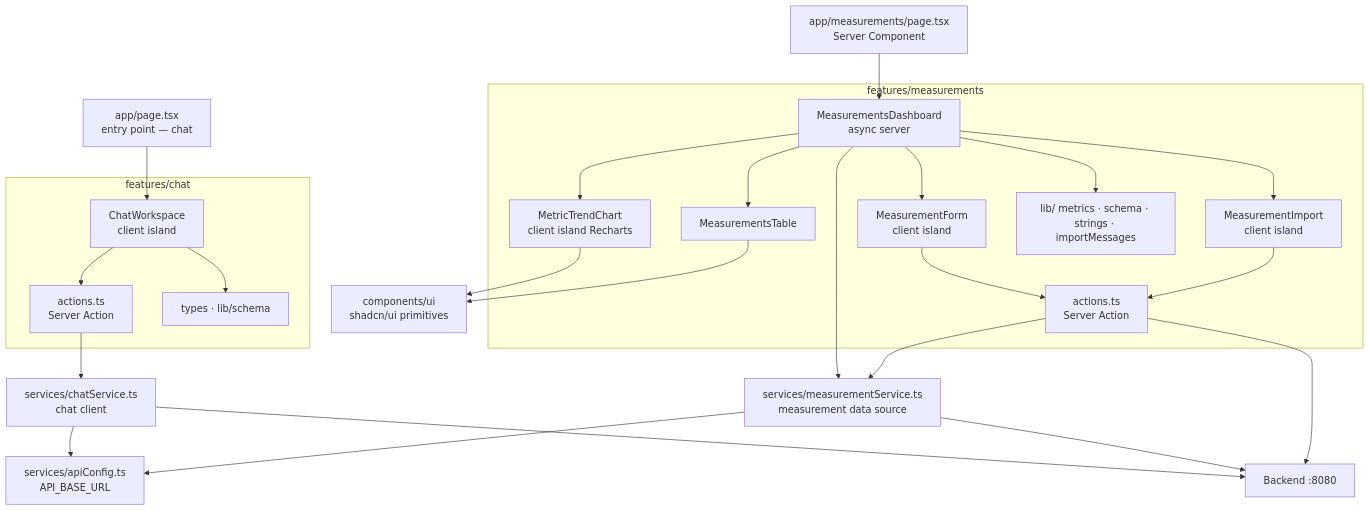
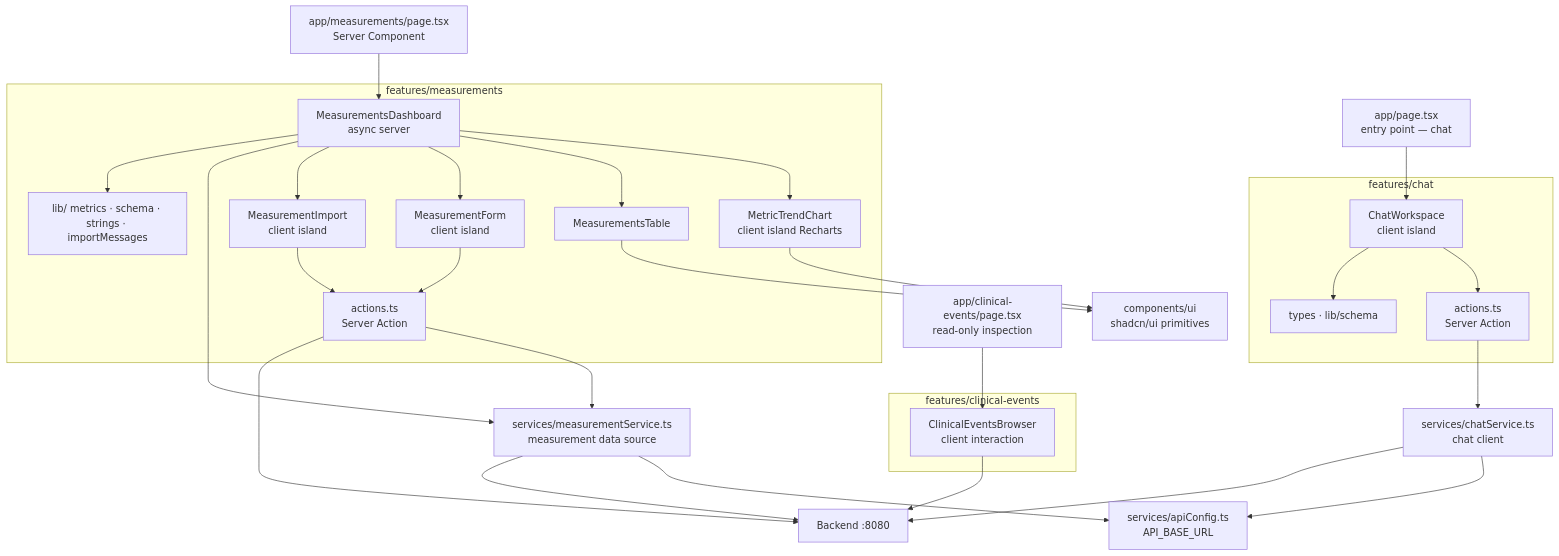
Before and after one commit to devmauriciopineda/careme: the fourth of 4 diagrams in docs/architecture.md, drawn with Mermaid. The commit also changed other lines of this file and 68 other files, not shown here.

````diff
--- a/docs/architecture.md
+++ b/docs/architecture.md
@@ -230,45 +233,51 @@
 ```mermaid
 flowchart TB
     page["app/page.tsx<br/>entry point — chat"]
+    epage["app/clinical-events/page.tsx<br/>read-only inspection"]
     mpage["app/measurements/page.tsx<br/>Server Component"]
+    subgraph clinical["features/clinical-events"]
+      browser["ClinicalEventsBrowser<br/>client interaction"]
+    end
     subgraph feat["features/measurements"]
         dash["MeasurementsDashboard<br/>async server"]
         chart["MetricTrendChart<br/>client island Recharts"]
         table["MeasurementsTable"]
         form["MeasurementForm<br/>client island"]
         impc["MeasurementImport<br/>client island"]
         action["actions.ts<br/>Server Action"]
         lib["lib/ metrics · schema · strings · importMessages"]
     end
     subgraph chat["features/chat"]
         workspace["ChatWorkspace<br/>client island"]
         caction["actions.ts<br/>Server Action"]
         ctypes["types · lib/schema"]
     end
     svc["services/measurementService.ts<br/>measurement data source"]
     csvc["services/chatService.ts<br/>chat client"]
     cfg["services/apiConfig.ts<br/>API_BASE_URL"]
     ui["components/ui<br/>shadcn/ui primitives"]
     be["Backend :8080"]
     page --> workspace
+    epage --> browser
     workspace --> caction
     workspace --> ctypes
     caction --> csvc
     csvc --> cfg
     csvc --> be
+    browser --> be
     mpage --> dash
     dash --> chart
     dash --> table
     dash --> form
     dash --> impc
     dash --> svc
     dash --> lib
     form --> action
     impc --> action
     action --> svc
     svc --> cfg
     svc --> be
     action --> be
     chart --> ui
     table --> ui
 ```
````
